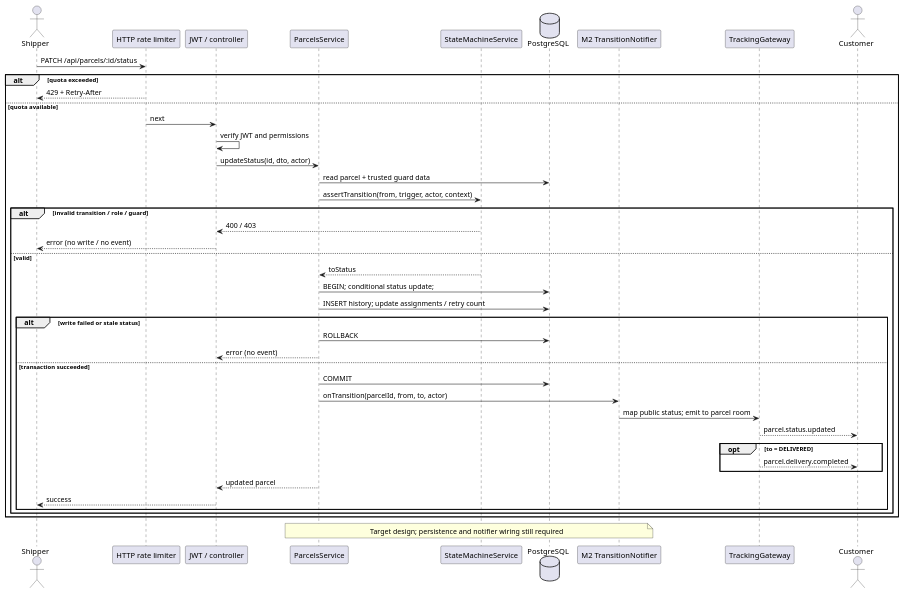
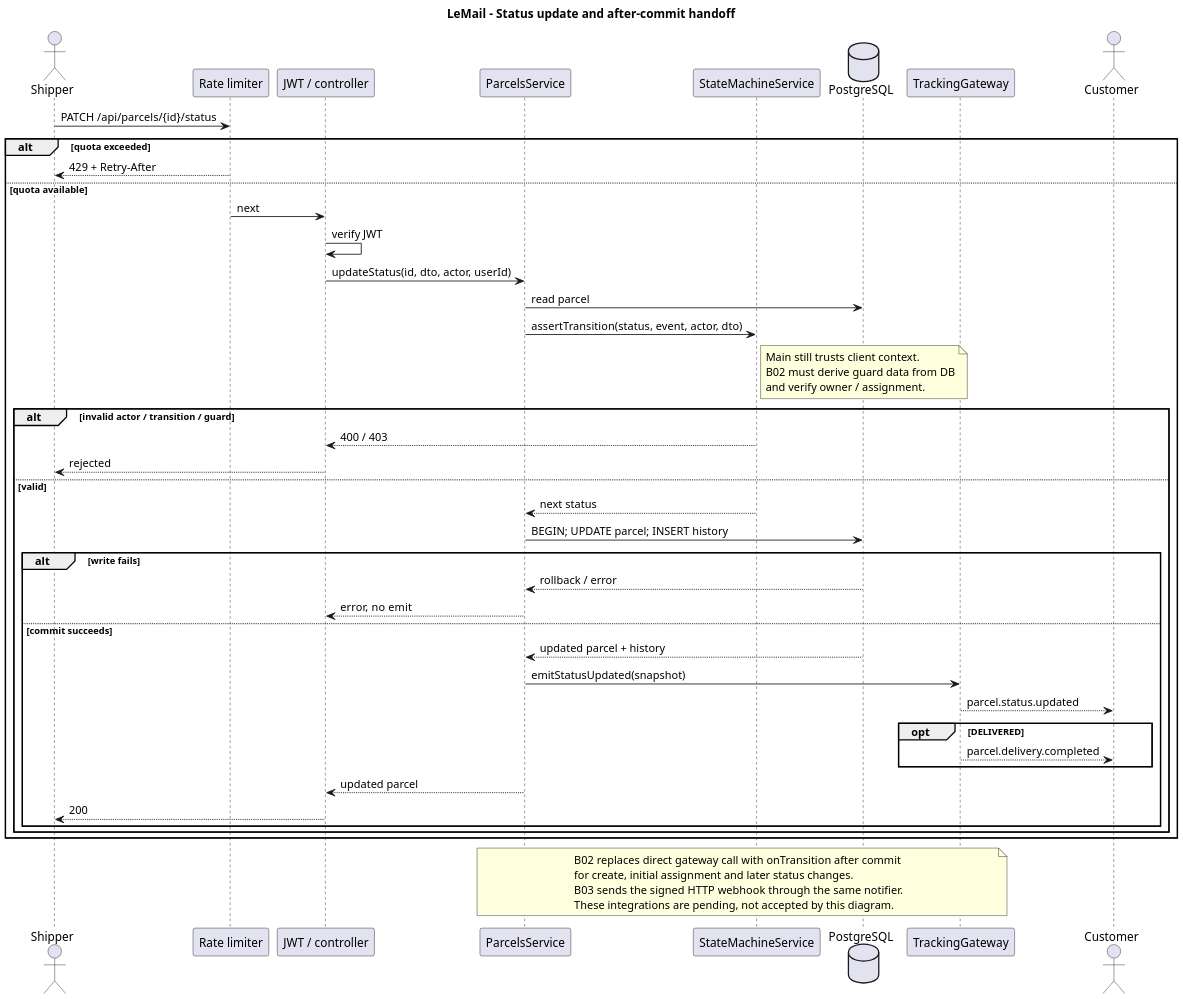
Before and after one commit to Lilian576/Last-MileExpressLogistics-ParcelTrackingSystem: the diagram in docs/uml/sequence.puml, drawn with PlantUML. The commit also changed 20 other files, not shown here.

```diff
--- a/docs/uml/sequence.puml
+++ b/docs/uml/sequence.puml
@@ -1,44 +1,54 @@
 @startuml
+title LeMail - Status update and after-commit handoff
+skinparam shadowing false
+skinparam dpi 150
 actor Shipper
-participant "HTTP rate limiter" as Limit
+participant "Rate limiter" as Limit
 participant "JWT / controller" as API
 participant ParcelsService as Service
 participant StateMachineService as SM
 database PostgreSQL as DB
-participant "M2 TransitionNotifier" as Hook
 participant TrackingGateway as WS
 actor Customer
-Shipper -> Limit : PATCH /api/parcels/:id/status
+Shipper -> Limit : PATCH /api/parcels/{id}/status
 alt quota exceeded
   Limit --> Shipper : 429 + Retry-After
 else quota available
   Limit -> API : next
-  API -> API : verify JWT and permissions
-  API -> Service : updateStatus(id, dto, actor)
-  Service -> DB : read parcel + trusted guard data
-  Service -> SM : assertTransition(from, trigger, actor, context)
-  alt invalid transition / role / guard
+  API -> API : verify JWT
+  API -> Service : updateStatus(id, dto, actor, userId)
+  Service -> DB : read parcel
+  Service -> SM : assertTransition(status, event, actor, dto)
+  note right of SM
+    Main still trusts client context.
+    B02 must derive guard data from DB
+    and verify owner / assignment.
+  end note
+  alt invalid actor / transition / guard
     SM --> API : 400 / 403
-    API --> Shipper : error (no write / no event)
+    API --> Shipper : rejected
   else valid
-    SM --> Service : toStatus
-    Service -> DB : BEGIN; conditional status update;
-    Service -> DB : INSERT history; update assignments / retry count
-    alt write failed or stale status
-      Service -> DB : ROLLBACK
-      Service --> API : error (no event)
-    else transaction succeeded
-      Service -> DB : COMMIT
-      Service -> Hook : onTransition(parcelId, from, to, actor)
-      Hook -> WS : map public status; emit to parcel room
+    SM --> Service : next status
+    Service -> DB : BEGIN; UPDATE parcel; INSERT history
+    alt write fails
+      DB --> Service : rollback / error
+      Service --> API : error, no emit
+    else commit succeeds
+      DB --> Service : updated parcel + history
+      Service -> WS : emitStatusUpdated(snapshot)
       WS --> Customer : parcel.status.updated
-      opt to = DELIVERED
+      opt DELIVERED
         WS --> Customer : parcel.delivery.completed
       end
       Service --> API : updated parcel
-      API --> Shipper : success
+      API --> Shipper : 200
     end
   end
 end
-note over Service,Hook : Target design; persistence and notifier wiring still required
+note over Service,WS
+  B02 replaces direct gateway call with onTransition after commit
+  for create, initial assignment and later status changes.
+  B03 sends the signed HTTP webhook through the same notifier.
+  These integrations are pending, not accepted by this diagram.
+end note
 @enduml
```
